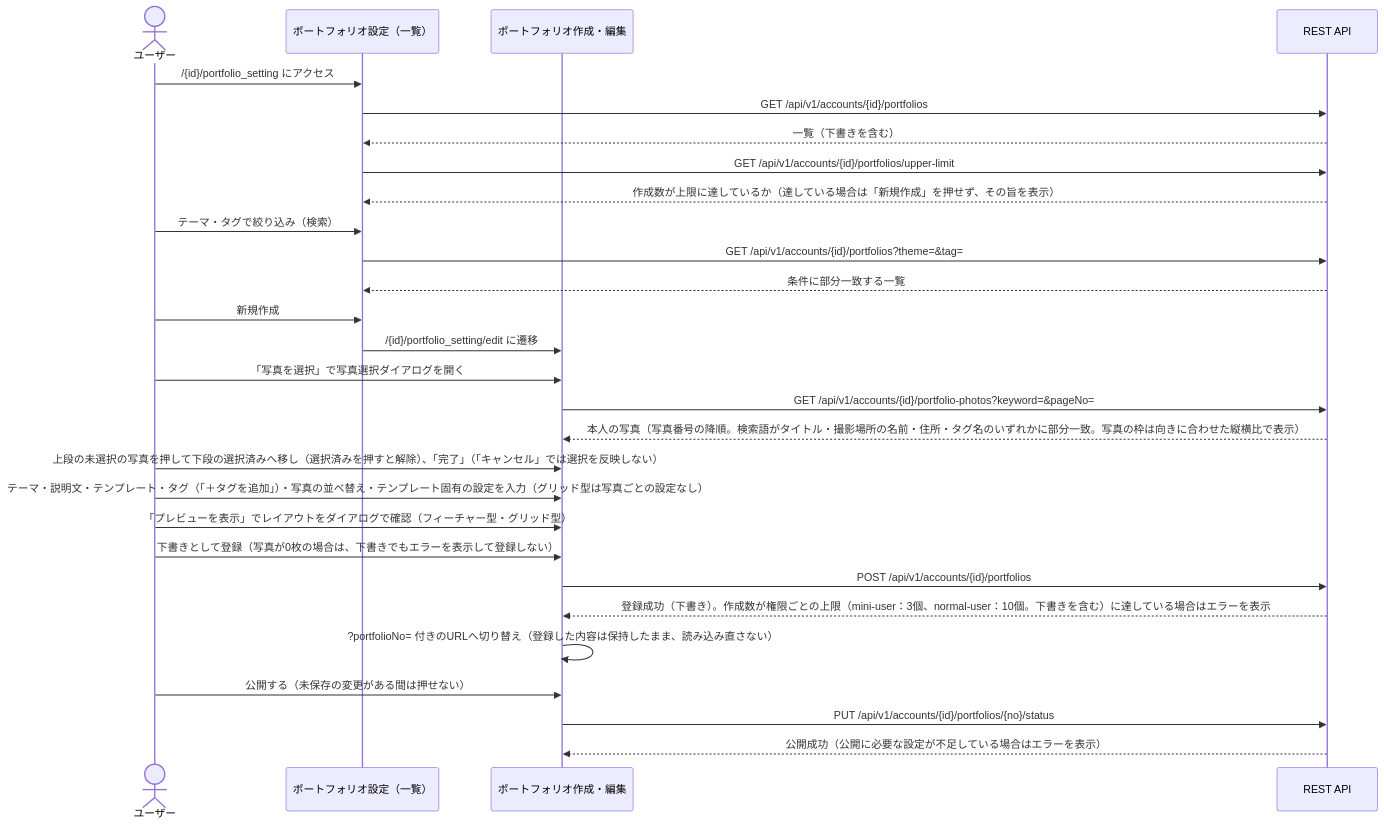
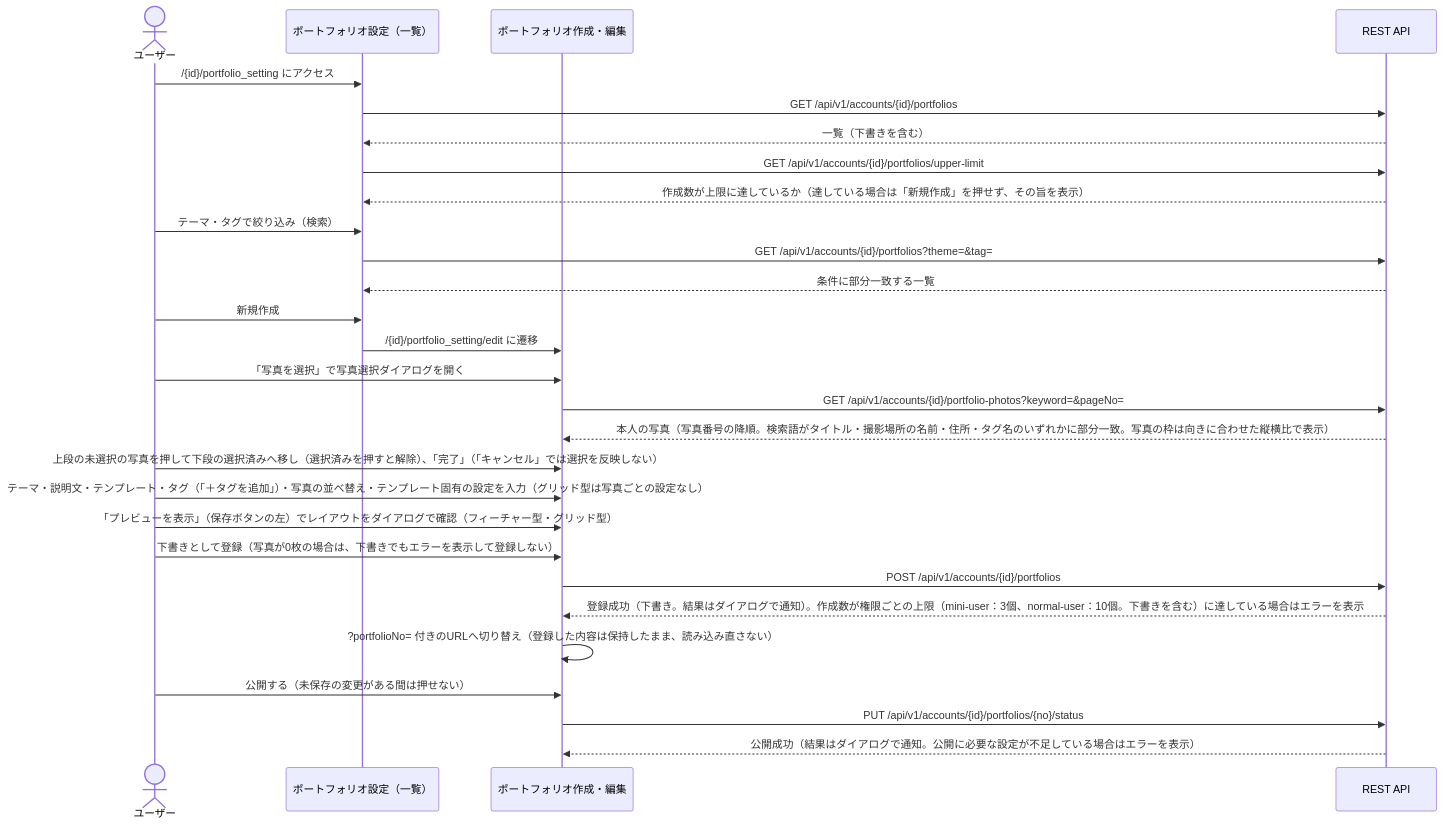
One commit to KentoKodama214/WebGallery changed the fifth of 10 diagrams in doc/view/screen-transition.md. Above: the diagram before and after it, drawn with Mermaid. The commit also changed 4 other files, not shown here.

````diff
--- a/doc/view/screen-transition.md
+++ b/doc/view/screen-transition.md
@@ -209,31 +209,31 @@
 ```mermaid
 sequenceDiagram
     actor User as ユーザー
     participant List as ポートフォリオ設定（一覧）
     participant Edit as ポートフォリオ作成・編集
     participant API as REST API
 
     User->>List: /{id}/portfolio_setting にアクセス
     List->>API: GET /api/v1/accounts/{id}/portfolios
     API-->>List: 一覧（下書きを含む）
     List->>API: GET /api/v1/accounts/{id}/portfolios/upper-limit
     API-->>List: 作成数が上限に達しているか（達している場合は「新規作成」を押せず、その旨を表示）
     User->>List: テーマ・タグで絞り込み（検索）
     List->>API: GET /api/v1/accounts/{id}/portfolios?theme=&tag=
     API-->>List: 条件に部分一致する一覧
     User->>List: 新規作成
     List->>Edit: /{id}/portfolio_setting/edit に遷移
     User->>Edit: 「写真を選択」で写真選択ダイアログを開く
     Edit->>API: GET /api/v1/accounts/{id}/portfolio-photos?keyword=&pageNo=
     API-->>Edit: 本人の写真（写真番号の降順。検索語がタイトル・撮影場所の名前・住所・タグ名のいずれかに部分一致。写真の枠は向きに合わせた縦横比で表示）
     User->>Edit: 上段の未選択の写真を押して下段の選択済みへ移し（選択済みを押すと解除）、「完了」（「キャンセル」では選択を反映しない）
     User->>Edit: テーマ・説明文・テンプレート・タグ（「＋タグを追加」）・写真の並べ替え・テンプレート固有の設定を入力（グリッド型は写真ごとの設定なし）
-    User->>Edit: 「プレビューを表示」でレイアウトをダイアログで確認（フィーチャー型・グリッド型）
+    User->>Edit: 「プレビューを表示」（保存ボタンの左）でレイアウトをダイアログで確認（フィーチャー型・グリッド型）
     User->>Edit: 下書きとして登録（写真が0枚の場合は、下書きでもエラーを表示して登録しない）
     Edit->>API: POST /api/v1/accounts/{id}/portfolios
-    API-->>Edit: 登録成功（下書き）。作成数が権限ごとの上限（mini-user：3個、normal-user：10個。下書きを含む）に達している場合はエラーを表示
+    API-->>Edit: 登録成功（下書き。結果はダイアログで通知）。作成数が権限ごとの上限（mini-user：3個、normal-user：10個。下書きを含む）に達している場合はエラーを表示
     Edit->>Edit: ?portfolioNo= 付きのURLへ切り替え（登録した内容は保持したまま、読み込み直さない）
     User->>Edit: 公開する（未保存の変更がある間は押せない）
     Edit->>API: PUT /api/v1/accounts/{id}/portfolios/{no}/status
-    API-->>Edit: 公開成功（公開に必要な設定が不足している場合はエラーを表示）
+    API-->>Edit: 公開成功（結果はダイアログで通知。公開に必要な設定が不足している場合はエラーを表示）
 ```
````
